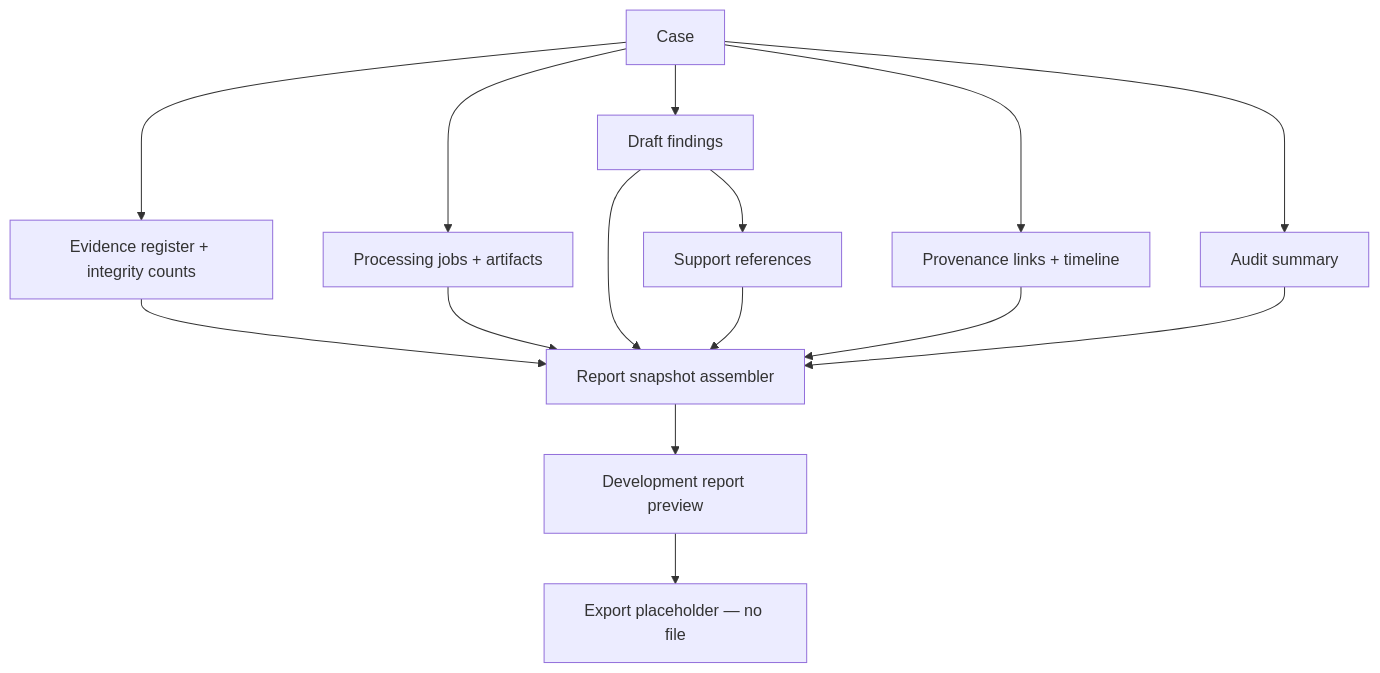
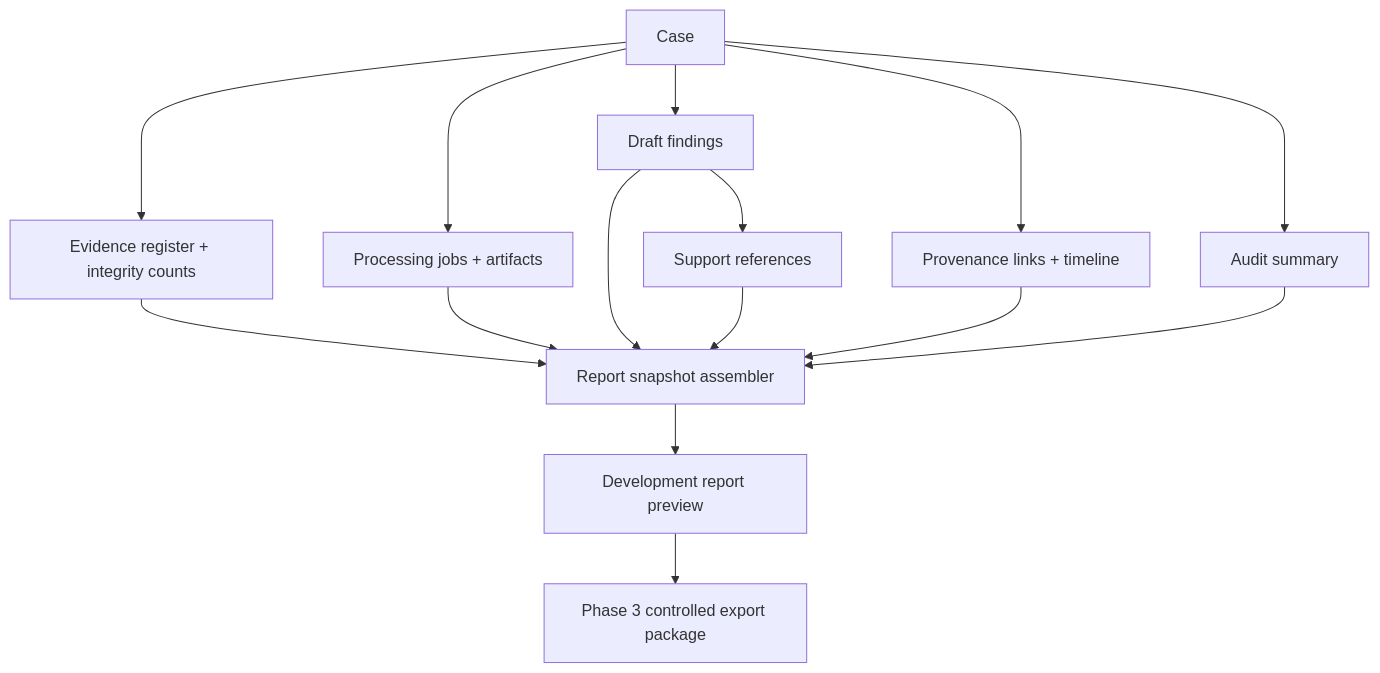
One commit to DimpleNemade/p.r.o.v.e changed the diagram in docs/diagrams/17-report-generation-flow-step-2.md. Above: the diagram before and after it, drawn with Mermaid. The commit also changed 53 other files, not shown here.

````diff
--- a/docs/diagrams/17-report-generation-flow-step-2.md
+++ b/docs/diagrams/17-report-generation-flow-step-2.md
@@ -3,17 +3,17 @@
 ```mermaid
 flowchart TD
   C["Case"] --> E["Evidence register + integrity counts"]
   C --> J["Processing jobs + artifacts"]
   C --> F["Draft findings"]
   F --> S["Support references"]
   C --> P["Provenance links + timeline"]
   C --> A["Audit summary"]
   E --> D["Report snapshot assembler"]
   J --> D
   F --> D
   S --> D
   P --> D
   A --> D
   D --> R["Development report preview"]
-  R --> X["Export placeholder — no file"]
+  R --> X["Phase 3 controlled export package"]
 ```
````
